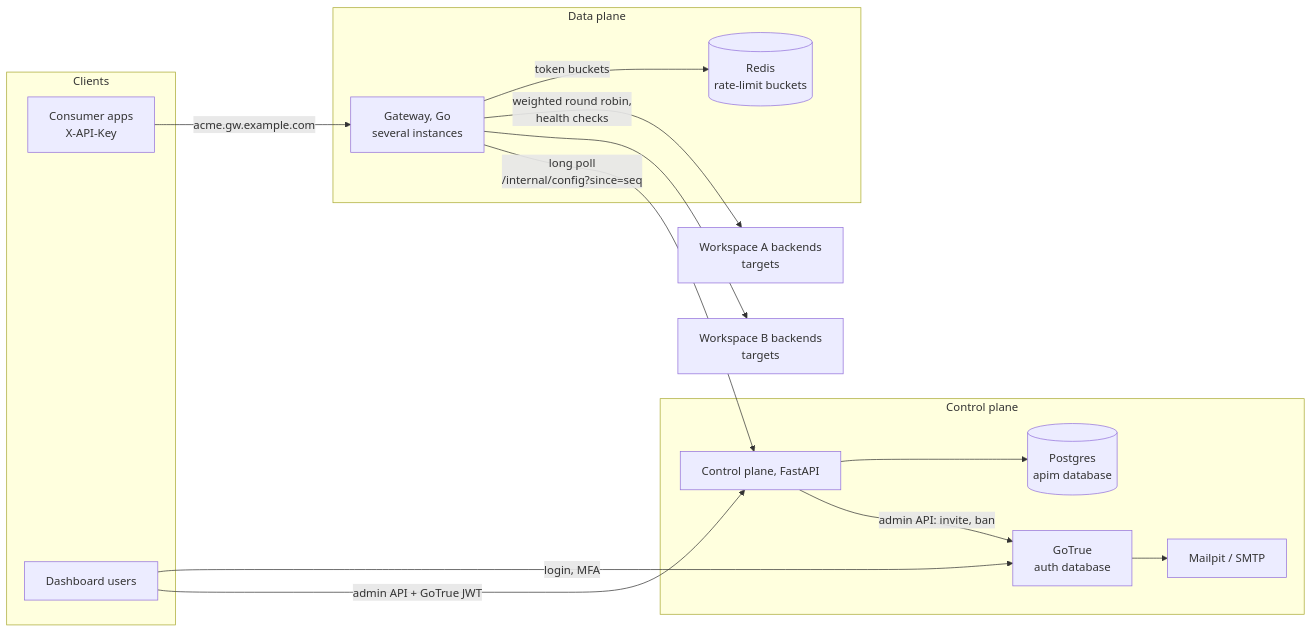
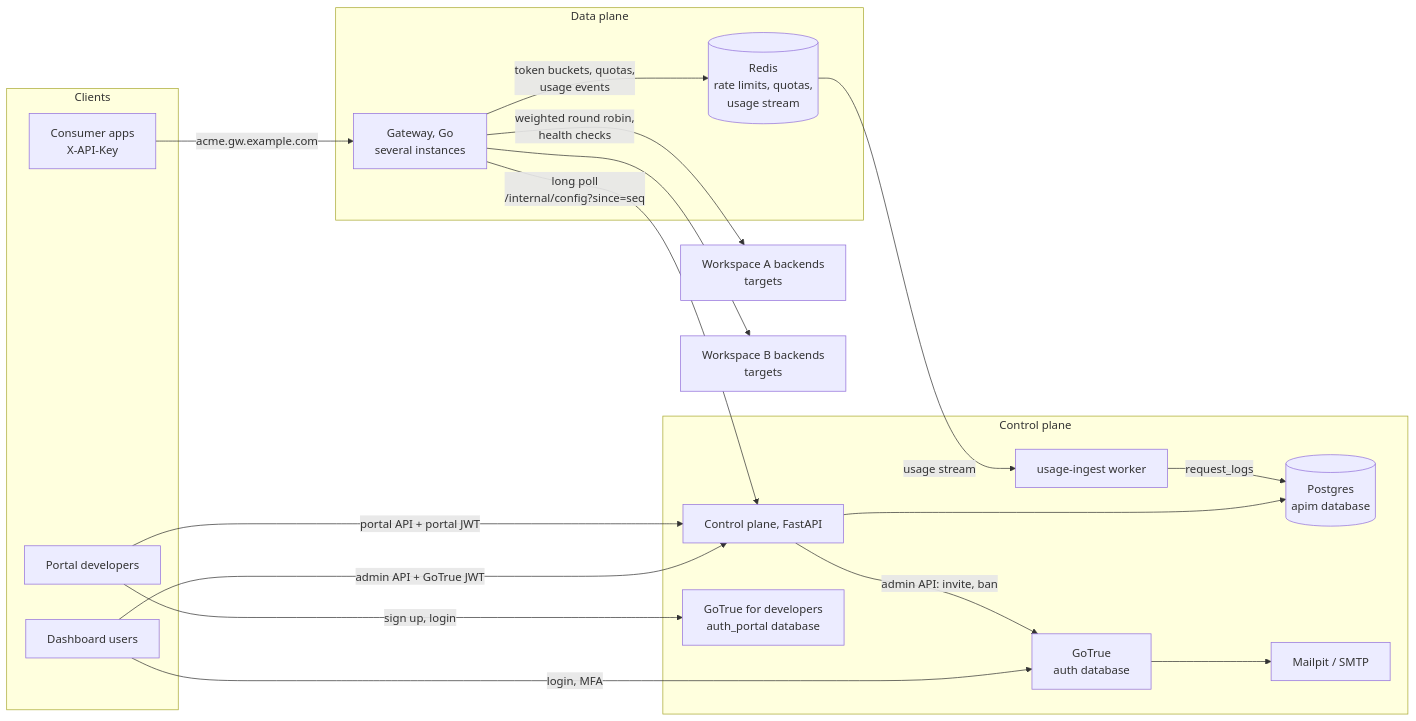
One commit to Ali-Odeh/API-Management-Platform changed the first of 2 diagrams in docs/PLAN.md. Above: the diagram before and after it, drawn with Mermaid. The commit also changed other lines of this file and 4 other files, not shown here.

````diff
--- a/docs/PLAN.md
+++ b/docs/PLAN.md
@@ -72,30 +85,37 @@
 ```mermaid
 flowchart LR
   subgraph clients[Clients]
     C1[Consumer apps<br/>X-API-Key]
     U[Dashboard users]
+    D[Portal developers]
   end
   subgraph data[Data plane]
     GW[Gateway, Go<br/>several instances]
-    R[(Redis<br/>rate-limit buckets)]
+    R[(Redis<br/>rate limits, quotas,<br/>usage stream)]
   end
   subgraph control[Control plane]
     CP[Control plane, FastAPI]
+    ING[usage-ingest worker]
     PG[(Postgres<br/>apim database)]
     AUTH[GoTrue<br/>auth database]
+    AUTHP[GoTrue for developers<br/>auth_portal database]
     MAIL[Mailpit / SMTP]
   end
   B1[Workspace A backends<br/>targets]
   B2[Workspace B backends<br/>targets]
 
   C1 -- "acme.gw.example.com" --> GW
-  GW -- token buckets --> R
+  GW -- "token buckets, quotas,<br/>usage events" --> R
   GW -- "weighted round robin,<br/>health checks" --> B1
   GW --> B2
   GW -- "long poll<br/>/internal/config?since=seq" --> CP
   U -- login, MFA --> AUTH
   U -- "admin API + GoTrue JWT" --> CP
+  D -- "sign up, login" --> AUTHP
+  D -- "portal API + portal JWT" --> CP
   CP --> PG
+  R -- usage stream --> ING
+  ING -- request_logs --> PG
   CP -- "admin API: invite, ban" --> AUTH
   AUTH --> MAIL
 ```
````
